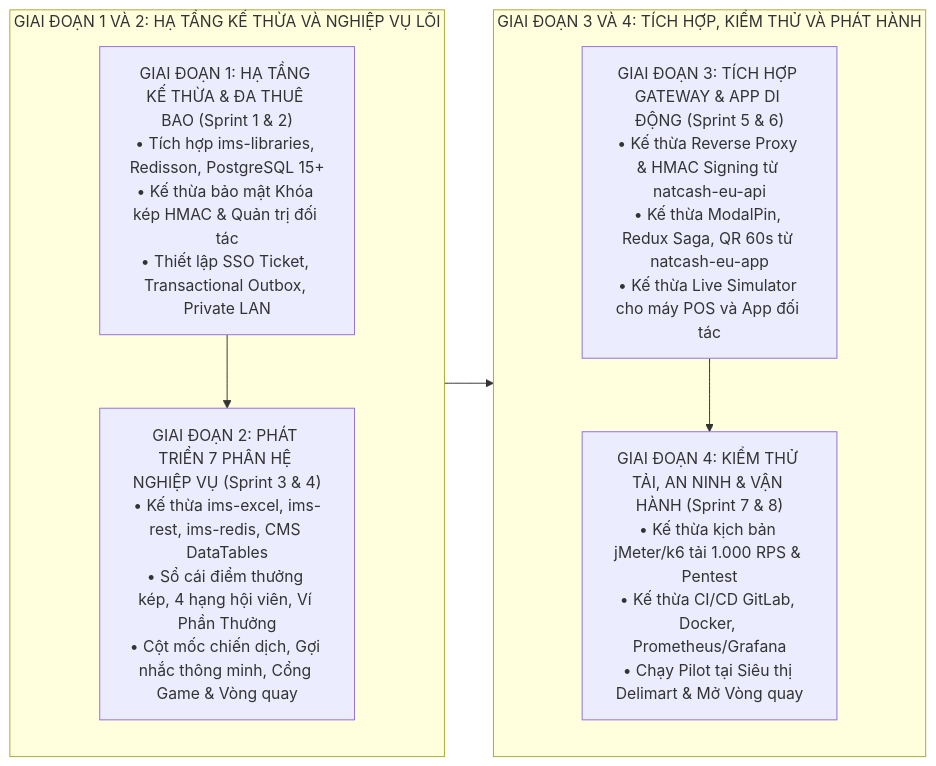
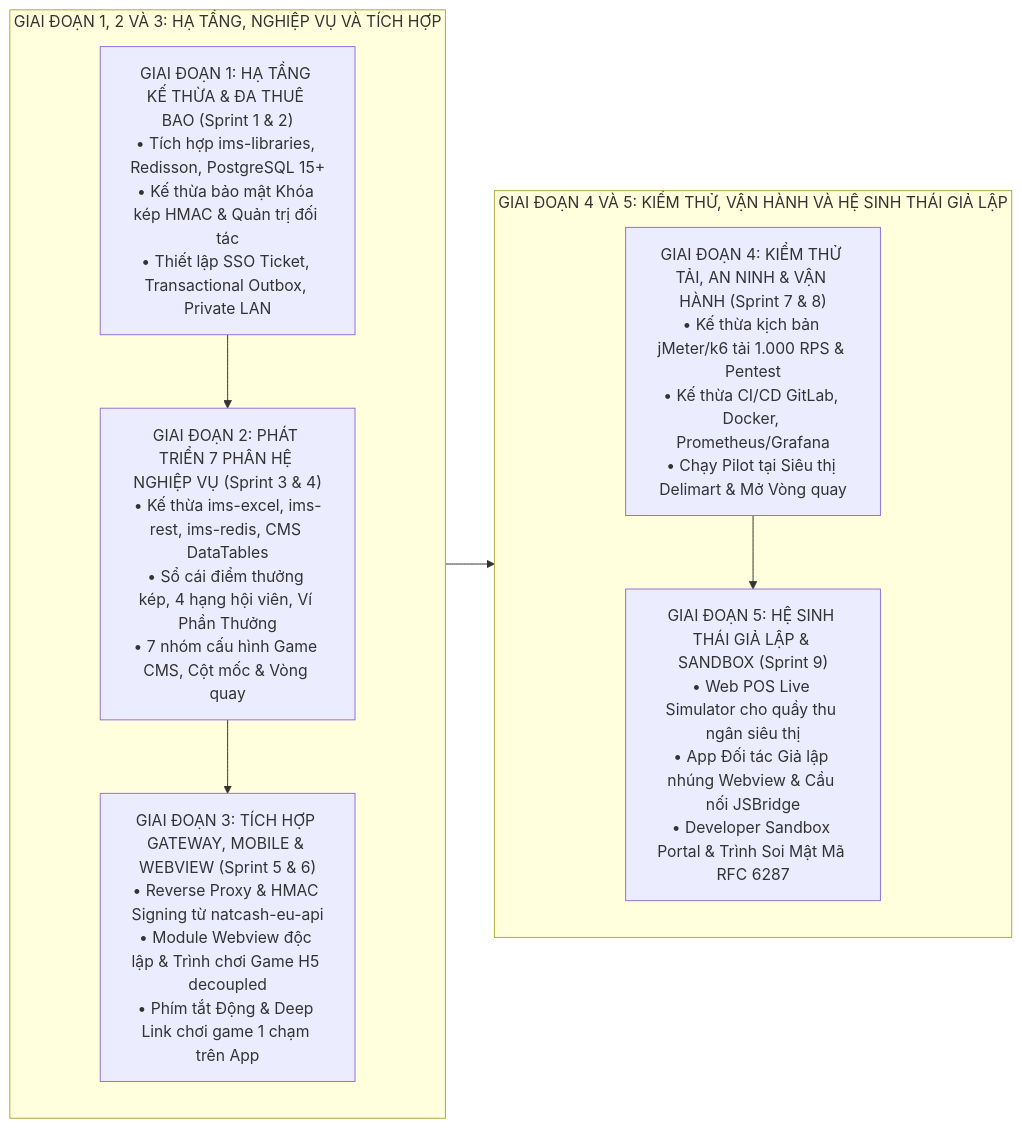
One commit to chapisoft/micro-loyalty changed the eighth of 8 diagrams in plan/production_plan.md. Above: the diagram before and after it, drawn with Mermaid. The commit also changed other lines of this file and 25 other files, not shown here.

````diff
--- a/plan/production_plan.md
+++ b/plan/production_plan.md
@@ -172,18 +367,20 @@
 ```mermaid
 flowchart LR
-    subgraph S_PHASE_1_2 ["GIAI ĐOẠN 1 VÀ 2: HẠ TẦNG KẾ THỪA VÀ NGHIỆP VỤ LÕI"]
+    subgraph S_PHASE_LEFT ["GIAI ĐOẠN 1, 2 VÀ 3: HẠ TẦNG, NGHIỆP VỤ VÀ TÍCH HỢP"]
         direction TB
         P1["GIAI ĐOẠN 1: HẠ TẦNG KẾ THỪA & ĐA THUÊ BAO (Sprint 1 & 2)<br/>• Tích hợp ims-libraries, Redisson, PostgreSQL 15+<br/>• Kế thừa bảo mật Khóa kép HMAC & Quản trị đối tác<br/>• Thiết lập SSO Ticket, Transactional Outbox, Private LAN"]
-        P2["GIAI ĐOẠN 2: PHÁT TRIỂN 7 PHÂN HỆ NGHIỆP VỤ (Sprint 3 & 4)<br/>• Kế thừa ims-excel, ims-rest, ims-redis, CMS DataTables<br/>• Sổ cái điểm thưởng kép, 4 hạng hội viên, Ví Phần Thưởng<br/>• Cột mốc chiến dịch, Gợi nhắc thông minh, Cổng Game & Vòng quay"]
+        P2["GIAI ĐOẠN 2: PHÁT TRIỂN 7 PHÂN HỆ NGHIỆP VỤ (Sprint 3 & 4)<br/>• Kế thừa ims-excel, ims-rest, ims-redis, CMS DataTables<br/>• Sổ cái điểm thưởng kép, 4 hạng hội viên, Ví Phần Thưởng<br/>• 7 nhóm cấu hình Game CMS, Cột mốc & Vòng quay"]
+        P3["GIAI ĐOẠN 3: TÍCH HỢP GATEWAY, MOBILE & WEBVIEW (Sprint 5 & 6)<br/>• Reverse Proxy & HMAC Signing từ natcash-eu-api<br/>• Module Webview độc lập & Trình chơi Game H5 decoupled<br/>• Phím tắt Động & Deep Link chơi game 1 chạm trên App"]
         P1 --> P2
+        P2 --> P3
     end
 
-    subgraph S_PHASE_3_4 ["GIAI ĐOẠN 3 VÀ 4: TÍCH HỢP, KIỂM THỬ VÀ PHÁT HÀNH"]
+    subgraph S_PHASE_RIGHT ["GIAI ĐOẠN 4 VÀ 5: KIỂM THỬ, VẬN HÀNH VÀ HỆ SINH THÁI GIẢ LẬP"]
         direction TB
-        P3["GIAI ĐOẠN 3: TÍCH HỢP GATEWAY & APP DI ĐỘNG (Sprint 5 & 6)<br/>• Kế thừa Reverse Proxy & HMAC Signing từ natcash-eu-api<br/>• Kế thừa ModalPin, Redux Saga, QR 60s từ natcash-eu-app<br/>• Kế thừa Live Simulator cho máy POS và App đối tác"]
         P4["GIAI ĐOẠN 4: KIỂM THỬ TẢI, AN NINH & VẬN HÀNH (Sprint 7 & 8)<br/>• Kế thừa kịch bản jMeter/k6 tải 1.000 RPS & Pentest<br/>• Kế thừa CI/CD GitLab, Docker, Prometheus/Grafana<br/>• Chạy Pilot tại Siêu thị Delimart & Mở Vòng quay"]
-        P3 --> P4
+        P5["GIAI ĐOẠN 5: HỆ SINH THÁI GIẢ LẬP & SANDBOX (Sprint 9)<br/>• Web POS Live Simulator cho quầy thu ngân siêu thị<br/>• App Đối tác Giả lập nhúng Webview & Cầu nối JSBridge<br/>• Developer Sandbox Portal & Trình Soi Mật Mã RFC 6287"]
+        P4 --> P5
     end
 
-    P2 --> P3
+    P3 --> P4
 ```
````
